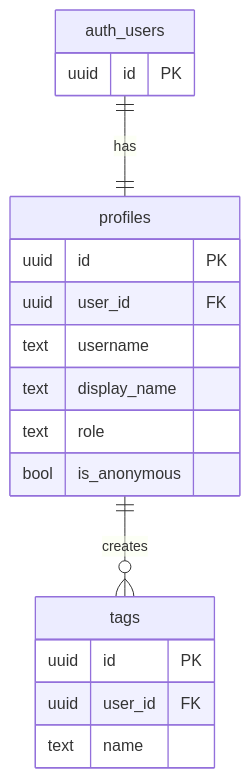
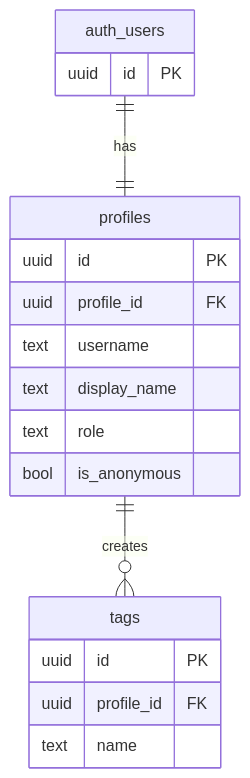
Before and after one commit to GuyWithBag/boo_mondai: the first of 6 diagrams in supabase/context/schema_diagram.md, drawn with Mermaid. The commit also changed other lines of this file and 25 other files, not shown here.

Commit message:
chore(supabase): consolidate schema migrations

````diff
--- a/supabase/context/schema_diagram.md
+++ b/supabase/context/schema_diagram.md
@@ -9,25 +9,25 @@
 ```mermaid
 erDiagram
     auth_users {
         uuid id PK
     }
     
     profiles {
         uuid id PK
-        uuid user_id FK
+        uuid profile_id FK
         text username
         text display_name
         text role
         bool is_anonymous
     }
     
     tags {
         uuid id PK
-        uuid user_id FK
+        uuid profile_id FK
         text name
     }
 
     auth_users ||--|| profiles : "has"
     profiles ||--o{ tags : "creates"
 
 ```
````
